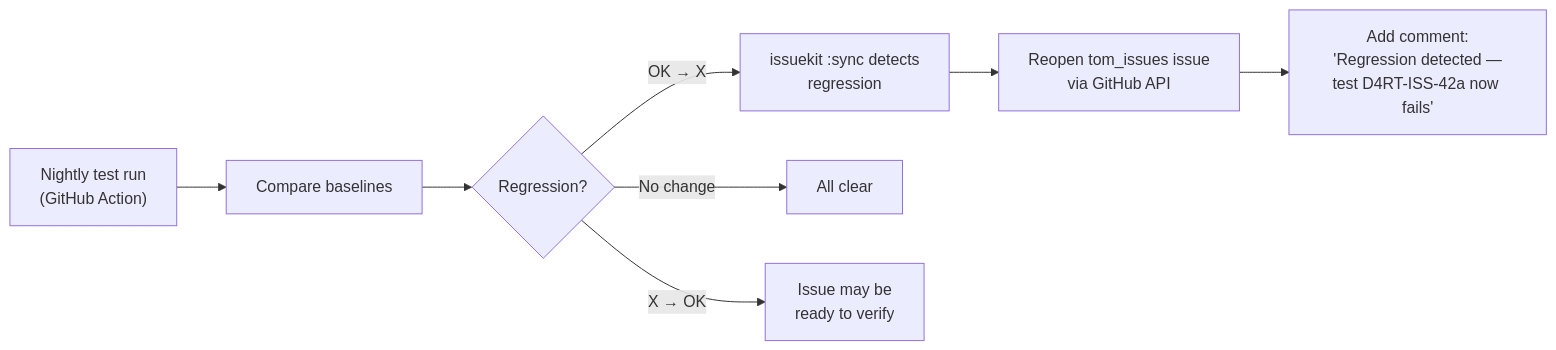
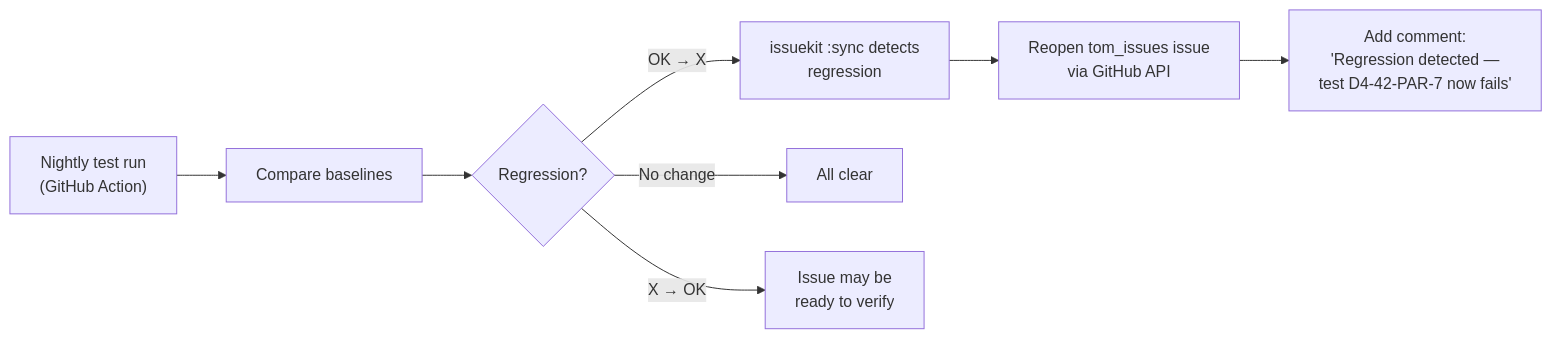
The sixth of 7 diagrams in tom_issue_kit/doc/issue_tracking.md (al-the-bear/tom_module_basics), drawn with Mermaid before and after one commit. The commit also changed other lines of this file, not shown here.

Commit message:
docs: rewrite ID scheme — drop ISS- prefix, shorter project IDs, test promotion, stub detection

````diff
--- a/tom_issue_kit/doc/issue_tracking.md
+++ b/tom_issue_kit/doc/issue_tracking.md
@@ -647,10 +746,10 @@
 ```mermaid
 graph LR
     A["Nightly test run<br/>(GitHub Action)"] --> B["Compare baselines"]
     B --> C{"Regression?"}
     C -->|"OK → X"| D["issuekit :sync detects<br/>regression"]
     D --> E["Reopen tom_issues issue<br/>via GitHub API"]
-    E --> F["Add comment:<br/>'Regression detected —<br/>test D4RT-ISS-42a now fails'"]
+    E --> F["Add comment:<br/>'Regression detected —<br/>test D4-42-PAR-7 now fails'"]
     C -->|"No change"| G["All clear"]
     C -->|"X → OK"| H["Issue may be<br/>ready to verify"]
 ```
````
